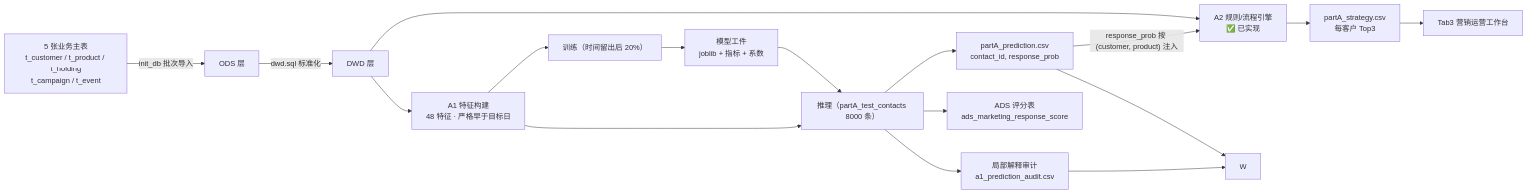
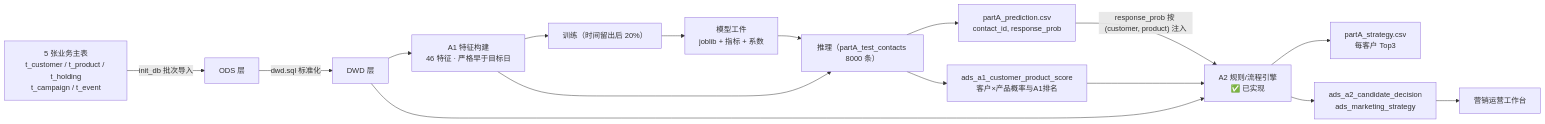
The second of 4 diagrams in src/docs/architecture.md (cpyh/touchCIB), drawn with Mermaid before and after one commit. The commit also changed other lines of this file and 110 other files, not shown here.

````diff
--- a/src/docs/architecture.md
+++ b/src/docs/architecture.md
@@ -91,19 +91,18 @@
 ```mermaid
 flowchart LR
     RAW["5 张业务主表<br/>t_customer / t_product / t_holding<br/>t_campaign / t_event"] -->|"init_db 批次导入"| ODS["ODS 层"]
     ODS -->|"dwd.sql 标准化"| DWD["DWD 层"]
-    DWD --> F["A1 特征构建<br/>48 特征 · 严格早于目标日"]
+    DWD --> F["A1 特征构建<br/>46 特征 · 严格早于目标日"]
     F --> TR["训练（时间留出后 20%）"]
     F --> INF["推理（partA_test_contacts 8000 条）"]
     TR --> M["模型工件<br/>joblib + 指标 + 系数"]
     M --> INF
     INF --> P["partA_prediction.csv<br/>contact_id, response_prob"]
-    INF --> EXP["局部解释审计<br/>a1_prediction_audit.csv"]
-    INF --> ADS["ADS 评分表<br/>ads_marketing_response_score"]
+    INF --> A1ADS["ads_a1_customer_product_score<br/>客户×产品概率与A1排名"]
     P -->|"response_prob 按 (customer, product) 注入"| ENG["A2 规则/流程引擎<br/>✅ 已实现"]
     DWD --> ENG
+    A1ADS --> ENG
     ENG --> S["partA_strategy.csv<br/>每客户 Top3"]
-    S --> T["Tab3 营销运营工作台"]
-    EXP --> W
-    P --> W
+    ENG --> A2ADS["ads_a2_candidate_decision<br/>ads_marketing_strategy"]
+    A2ADS --> T["营销运营工作台"]
 ```
````
